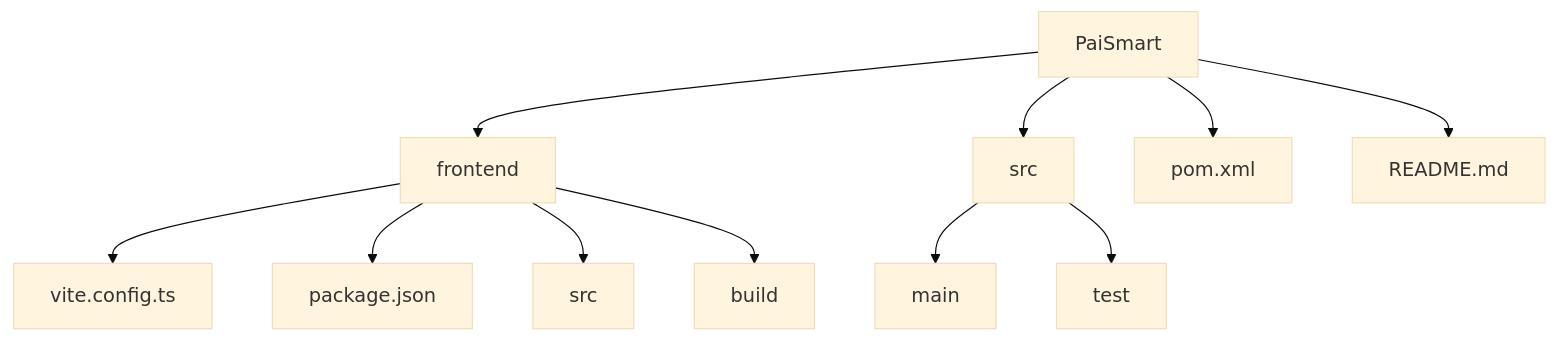
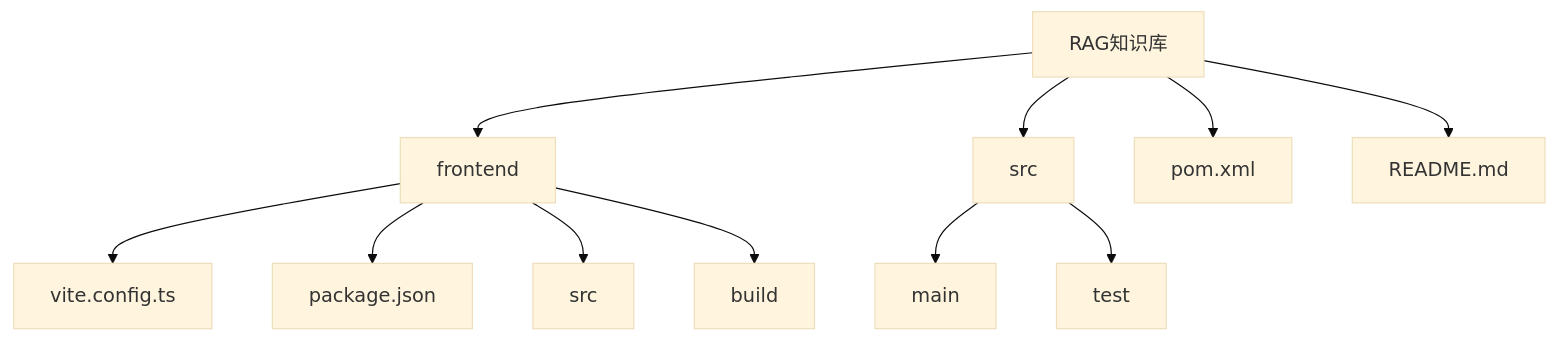
Before and after one commit to yztdev/RAG: the first of 7 diagrams in .qoder/repowiki/zh/content/部署指南/容器化部署/Docker 构建/Docker 构建.md, drawn with Mermaid (base theme). The commit also changed other lines of this file and 165 other files, not shown here.

````diff
--- a/.qoder/repowiki/zh/content/部署指南/容器化部署/Docker 构建/Docker 构建.md
+++ b/.qoder/repowiki/zh/content/部署指南/容器化部署/Docker 构建/Docker 构建.md
@@ -32,14 +32,14 @@
 ```mermaid
 graph TD
-A[PaiSmart]
+A[RAG知识库]
 A --> B[frontend]
 B --> B1[vite.config.ts]
 B --> B2[package.json]
 B --> B3[src]
 B --> B4[build]
 A --> C[src]
 C --> C1[main]
 C --> C2[test]
 A --> D[pom.xml]
 A --> E[README.md]
 ```
````
